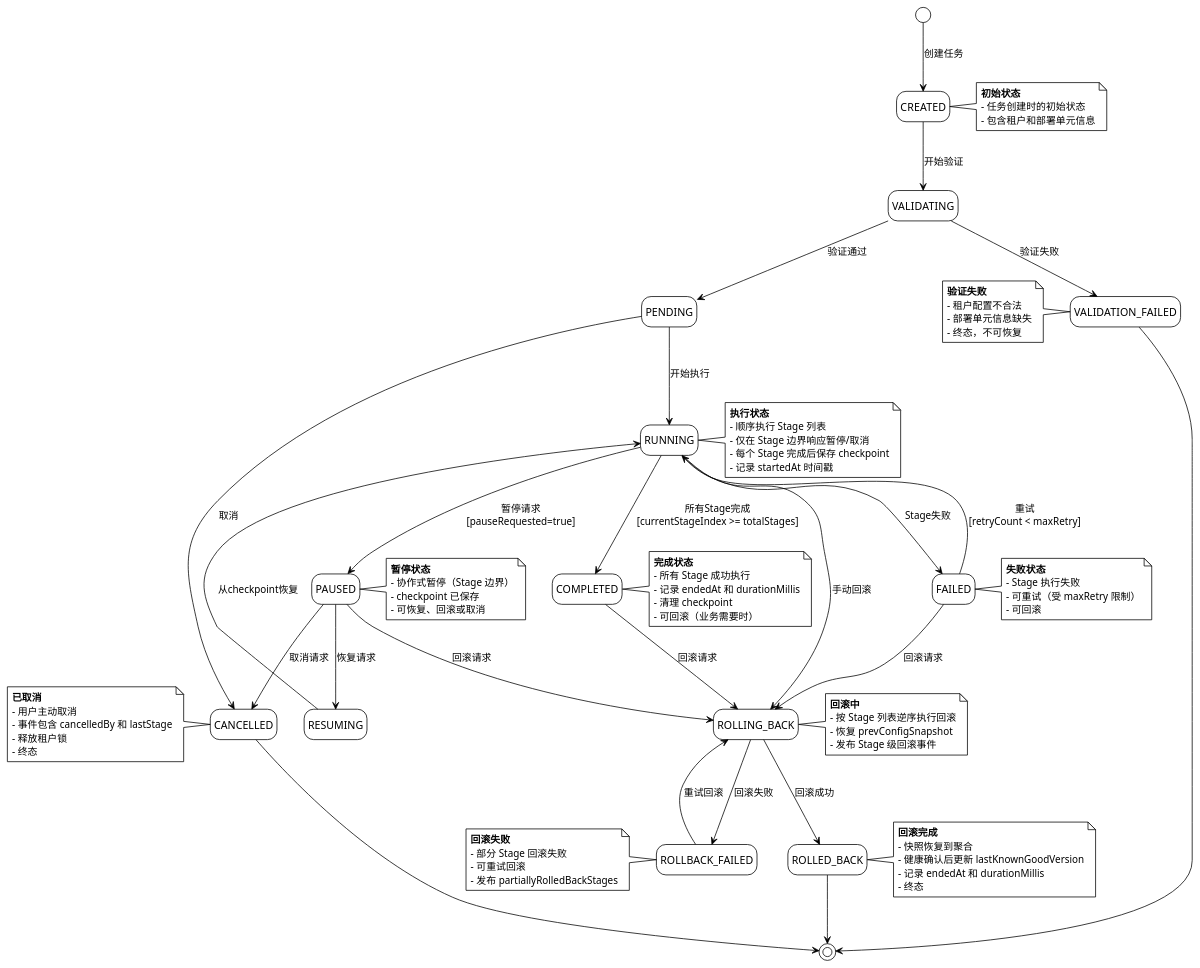
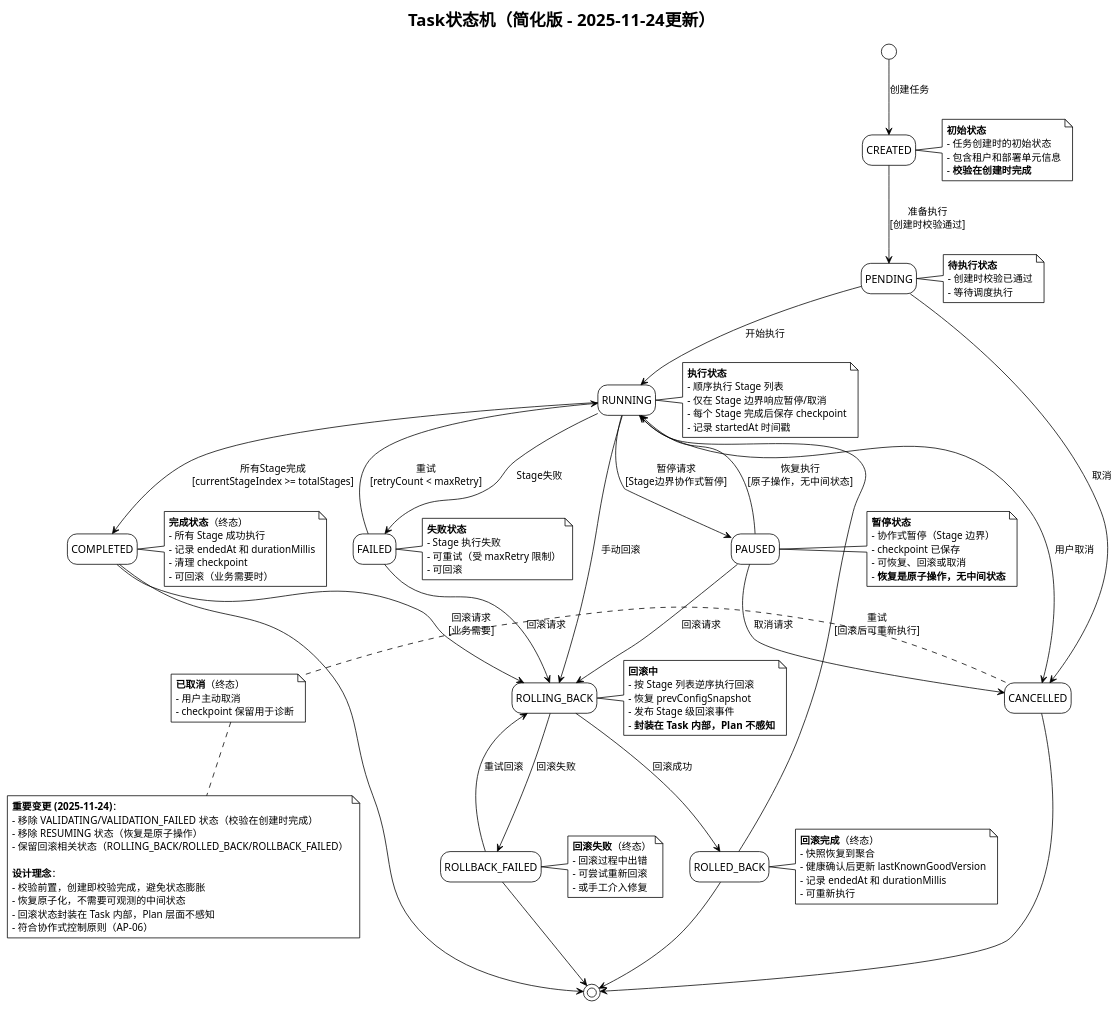
The diagram in diagrams/06_state_task.puml (firestige/executor-demo), drawn with PlantUML before and after one commit. The commit also changed 15 other files, not shown here.

```diff
--- a/diagrams/06_state_task.puml
+++ b/diagrams/06_state_task.puml
@@ -1,114 +1,126 @@
 @startuml Task状态机
 !theme plain
 hide empty description
 
+title Task状态机（简化版 - 2025-11-24更新）
+
 [*] --> CREATED : 创建任务
 
-CREATED --> VALIDATING : 开始验证
-
-VALIDATING --> VALIDATION_FAILED : 验证失败
-VALIDATING --> PENDING : 验证通过
-
-VALIDATION_FAILED --> [*]
+CREATED --> PENDING : 准备执行\n[创建时校验通过]
 
 PENDING --> RUNNING : 开始执行
 PENDING --> CANCELLED : 取消
 
-RUNNING --> PAUSED : 暂停请求\n[pauseRequested=true]
+RUNNING --> PAUSED : 暂停请求\n[Stage边界协作式暂停]
 RUNNING --> COMPLETED : 所有Stage完成\n[currentStageIndex >= totalStages]
 RUNNING --> FAILED : Stage失败
 RUNNING --> ROLLING_BACK : 手动回滚
+RUNNING --> CANCELLED : 用户取消
 
-PAUSED --> RESUMING : 恢复请求
+PAUSED --> RUNNING : 恢复执行\n[原子操作，无中间状态]
 PAUSED --> ROLLING_BACK : 回滚请求
 PAUSED --> CANCELLED : 取消请求
-
-RESUMING --> RUNNING : 从checkpoint恢复
 
 FAILED --> RUNNING : 重试\n[retryCount < maxRetry]
 FAILED --> ROLLING_BACK : 回滚请求
 
-COMPLETED --> ROLLING_BACK : 回滚请求
+COMPLETED --> ROLLING_BACK : 回滚请求\n[业务需要]
 
 ROLLING_BACK --> ROLLED_BACK : 回滚成功
 ROLLING_BACK --> ROLLBACK_FAILED : 回滚失败
 
+ROLLED_BACK --> RUNNING : 重试\n[回滚后可重新执行]
 ROLLBACK_FAILED --> ROLLING_BACK : 重试回滚
 
 ROLLED_BACK --> [*]
+ROLLBACK_FAILED --> [*]
+COMPLETED --> [*]
 CANCELLED --> [*]
 
 note right of CREATED
   **初始状态**
   - 任务创建时的初始状态
   - 包含租户和部署单元信息
+  - **校验在创建时完成**
+end note
+
+note right of PENDING
+  **待执行状态**
+  - 创建时校验已通过
+  - 等待调度执行
 end note
 
 note right of RUNNING
   **执行状态**
   - 顺序执行 Stage 列表
   - 仅在 Stage 边界响应暂停/取消
   - 每个 Stage 完成后保存 checkpoint
   - 记录 startedAt 时间戳
 end note
 
 note right of PAUSED
   **暂停状态**
   - 协作式暂停（Stage 边界）
   - checkpoint 已保存
   - 可恢复、回滚或取消
+  - **恢复是原子操作，无中间状态**
 end note
 
 note right of FAILED
   **失败状态**
   - Stage 执行失败
   - 可重试（受 maxRetry 限制）
   - 可回滚
 end note
 
 note right of COMPLETED
-  **完成状态**
+  **完成状态**（终态）
   - 所有 Stage 成功执行
   - 记录 endedAt 和 durationMillis
   - 清理 checkpoint
   - 可回滚（业务需要时）
 end note
 
 note right of ROLLING_BACK
   **回滚中**
   - 按 Stage 列表逆序执行回滚
   - 恢复 prevConfigSnapshot
   - 发布 Stage 级回滚事件
+  - **封装在 Task 内部，Plan 不感知**
 end note
 
 note right of ROLLED_BACK
-  **回滚完成**
+  **回滚完成**（终态）
   - 快照恢复到聚合
   - 健康确认后更新 lastKnownGoodVersion
   - 记录 endedAt 和 durationMillis
-  - 终态
+  - 可重新执行
 end note
 
-note left of VALIDATION_FAILED
-  **验证失败**
-  - 租户配置不合法
-  - 部署单元信息缺失
-  - 终态，不可恢复
+note right of ROLLBACK_FAILED
+  **回滚失败**（终态）
+  - 回滚过程中出错
+  - 可尝试重新回滚
+  - 或手工介入修复
 end note
 
 note left of CANCELLED
-  **已取消**
+  **已取消**（终态）
   - 用户主动取消
-  - 事件包含 cancelledBy 和 lastStage
-  - 释放租户锁
-  - 终态
+  - checkpoint 保留用于诊断
 end note
 
-note left of ROLLBACK_FAILED
-  **回滚失败**
-  - 部分 Stage 回滚失败
-  - 可重试回滚
-  - 发布 partiallyRolledBackStages
+note bottom
+  **重要变更 (2025-11-24)**：
+  - 移除 VALIDATING/VALIDATION_FAILED 状态（校验在创建时完成）
+  - 移除 RESUMING 状态（恢复是原子操作）
+  - 保留回滚相关状态（ROLLING_BACK/ROLLED_BACK/ROLLBACK_FAILED）
+
+  **设计理念**：
+  - 校验前置，创建即校验完成，避免状态膨胀
+  - 恢复原子化，不需要可观测的中间状态
+  - 回滚状态封装在 Task 内部，Plan 层面不感知
+  - 符合协作式控制原则（AP-06）
 end note
 
 @enduml
```
